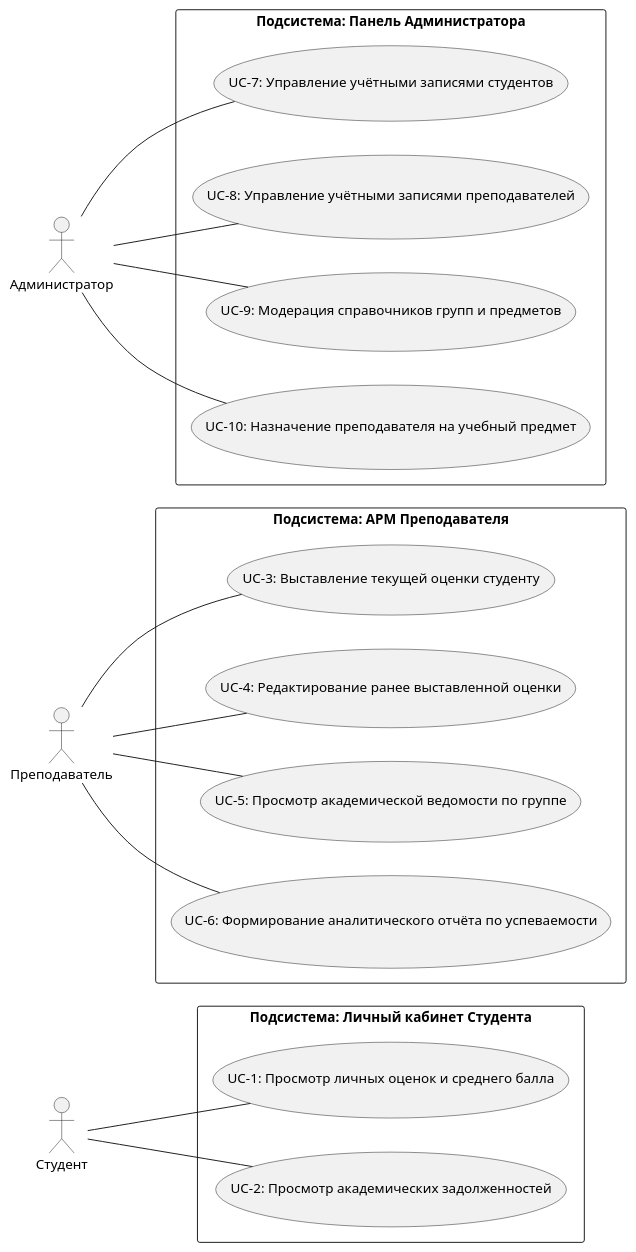
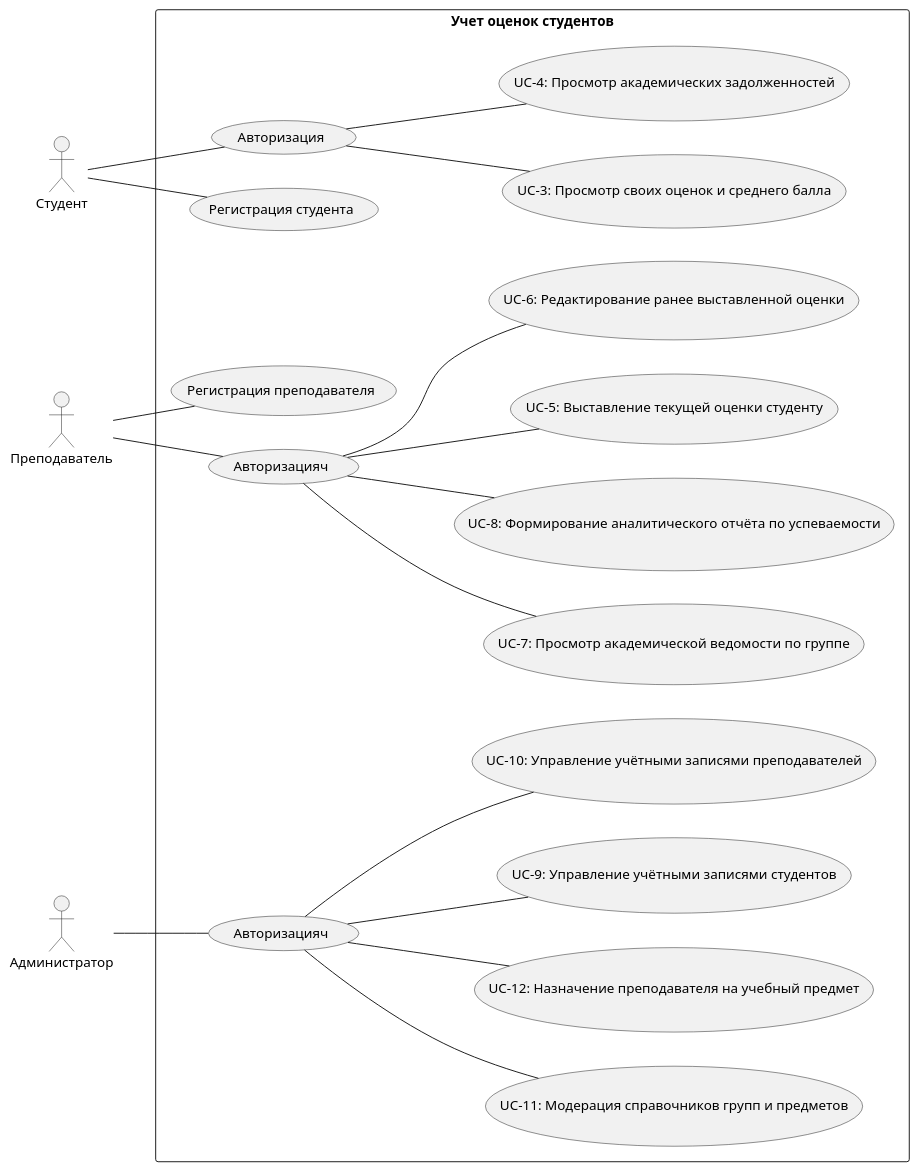
One commit to himera200/students-grades-project changed the diagram in docs/diagrams/UseCase.plantuml. Above: the diagram before and after it, drawn with PlantUML.

Commit message:
Fix: Исправление от преподавателя

```diff
--- a/docs/diagrams/UseCase.plantuml
+++ b/docs/diagrams/UseCase.plantuml
@@ -1,44 +1,52 @@
-@startuml
+@startuml 
 left to right direction
-skinparam packageStyle rectangle
 
 actor "Студент" as Student
 actor "Преподаватель" as Teacher
 actor "Администратор" as Admin
 
-' 1. МОДУЛЬ СТУДЕНТА
-rectangle "Подсистема: Личный кабинет Студента" {
-    usecase "UC-1: Просмотр личных оценок и среднего балла" as UC_ViewGrades
-    usecase "UC-2: Просмотр академических задолженностей" as UC_ViewDebts
+rectangle "Учет оценок студентов"{
+    
+    usecase "Регистрация студента" as UC_RegStudent
+    usecase "Регистрация преподавателя" as UC_RegTeacher
+    
+    usecase "Авторизация" as UC_LoginStudent
+    usecase "Авторизацияч" as UC_LoginTeacher
+    usecase "Авторизацияч" as UC_LoginAdmin
+
+    usecase "UC-3: Просмотр своих оценок и среднего балла" as UC_ViewGrades
+    usecase "UC-4: Просмотр академических задолженностей" as UC_ViewDebts
+
+
+    usecase "UC-5: Выставление текущей оценки студенту" as UC_AddGrade
+    usecase "UC-6: Редактирование ранее выставленной оценки" as UC_EditGrade
+    usecase "UC-7: Просмотр академической ведомости по группе" as UC_ViewGroupW
+    usecase "UC-8: Формирование аналитического отчёта по успеваемости" as UC_ReportGroup
+
+    usecase "UC-9: Управление учётными записями студентов" as UC_ManageStudents
+    usecase "UC-10: Управление учётными записями преподавателей" as UC_ManageTeachers
+    usecase "UC-11: Модерация справочников групп и предметов" as UC_ManageRefs
+    usecase "UC-12: Назначение преподавателя на учебный предмет" as UC_AssignTeacher
 }
 
-' 2. МОДУЛЬ ПРЕПОДАВАТЕЛЯ
-rectangle "Подсистема: АРМ Преподавателя" {
-    usecase "UC-3: Выставление текущей оценки студенту" as UC_AddGrade
-    usecase "UC-4: Редактирование ранее выставленной оценки" as UC_EditGrade
-    usecase "UC-5: Просмотр академической ведомости по группе" as UC_ViewGroupW
-    usecase "UC-6: Формирование аналитического отчёта по успеваемости" as UC_ReportGroup
-}
+Student -- UC_RegStudent
+Student -- UC_LoginStudent
+Teacher -- UC_RegTeacher
+Teacher -- UC_LoginTeacher
+Admin -- UC_LoginAdmin
 
-' 3. МОДУЛЬ АДМИНИСТРАТОРА
-rectangle "Подсистема: Панель Администратора" {
-    usecase "UC-7: Управление учётными записями студентов" as UC_ManageStudents
-    usecase "UC-8: Управление учётными записями преподавателей" as UC_ManageTeachers
-    usecase "UC-9: Модерация справочников групп и предметов" as UC_ManageRefs
-    usecase "UC-10: Назначение преподавателя на учебный предмет" as UC_AssignTeacher
-}
 
-Student -- UC_ViewGrades
-Student -- UC_ViewDebts
+UC_LoginStudent -- UC_ViewGrades
+UC_LoginStudent -- UC_ViewDebts
 
-Teacher -- UC_AddGrade
-Teacher -- UC_EditGrade
-Teacher -- UC_ViewGroupW
-Teacher -- UC_ReportGroup
+UC_LoginTeacher -- UC_AddGrade
+UC_LoginTeacher -- UC_EditGrade
+UC_LoginTeacher -- UC_ViewGroupW
+UC_LoginTeacher -- UC_ReportGroup
 
-Admin -- UC_ManageStudents
-Admin -- UC_ManageTeachers
-Admin -- UC_ManageRefs
-Admin -- UC_AssignTeacher
+UC_LoginAdmin -- UC_ManageStudents
+UC_LoginAdmin -- UC_ManageTeachers
+UC_LoginAdmin -- UC_ManageRefs
+UC_LoginAdmin -- UC_AssignTeacher
 
 @enduml
```
